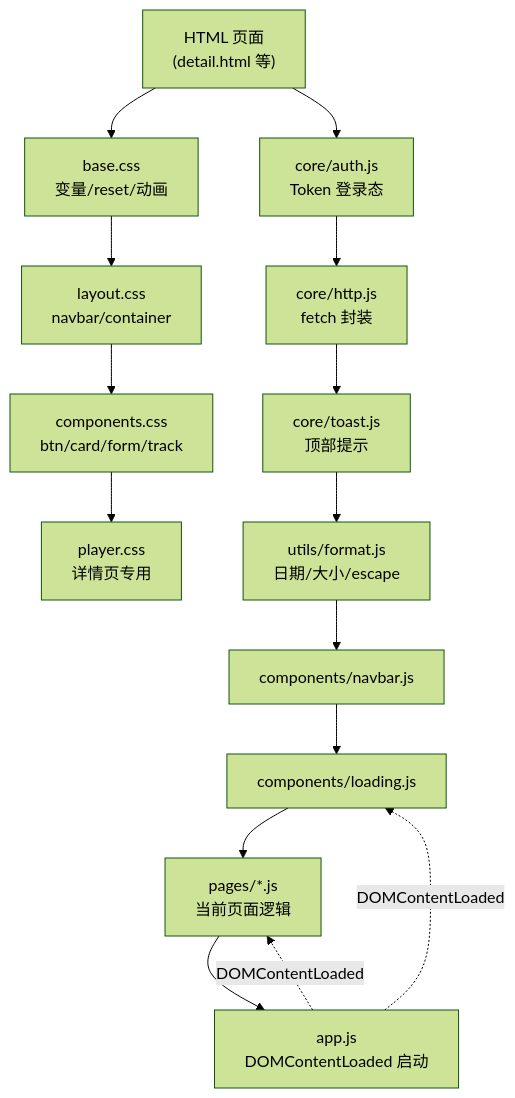
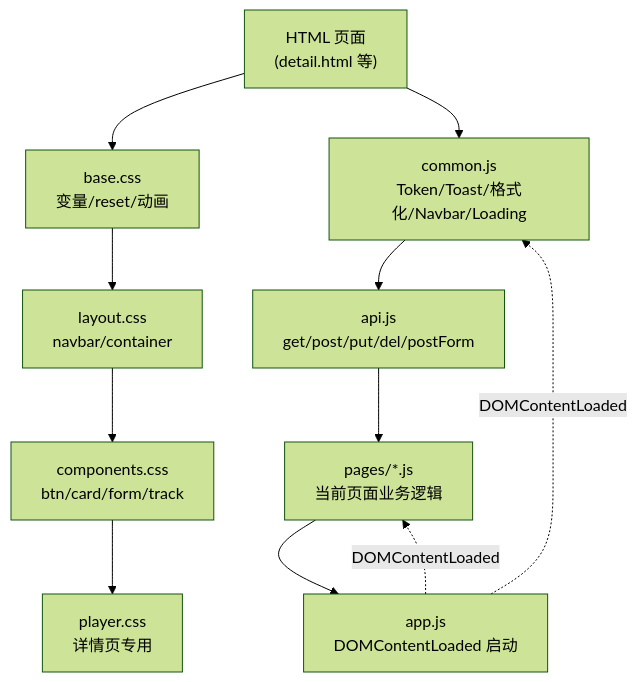
The diagram in diagrams/frontend-loading-order.mmd (xiaobihudawang/musicdemo), drawn with Mermaid (forest theme) before and after one commit. The commit also changed 66 other files, not shown here.

```diff
--- a/diagrams/frontend-loading-order.mmd
+++ b/diagrams/frontend-loading-order.mmd
@@ -1,15 +1,11 @@
 flowchart TD
     HTML["HTML 页面<br/>(detail.html 等)"] --> CSS1["base.css<br/>变量/reset/动画"]
     CSS1 --> CSS2["layout.css<br/>navbar/container"]
     CSS2 --> CSS3["components.css<br/>btn/card/form/track"]
     CSS3 --> CSS4["player.css<br/>详情页专用"]
-    HTML --> JS1["core/auth.js<br/>Token 登录态"]
-    JS1 --> JS2["core/http.js<br/>fetch 封装"]
-    JS2 --> JS3["core/toast.js<br/>顶部提示"]
-    JS3 --> JS4["utils/format.js<br/>日期/大小/escape"]
-    JS4 --> JS5["components/navbar.js"]
-    JS5 --> JS6["components/loading.js"]
-    JS6 --> JS7["pages/*.js<br/>当前页面逻辑"]
-    JS7 --> JS8["app.js<br/>DOMContentLoaded 启动"]
-    JS8 -. DOMContentLoaded .-> JS7
-    JS8 -. DOMContentLoaded .-> JS6
+    HTML --> JS1["common.js<br/>Token/Toast/格式化/Navbar/Loading"]
+    JS1 --> JS2["api.js<br/>get/post/put/del/postForm"]
+    JS2 --> JS3["pages/*.js<br/>当前页面业务逻辑"]
+    JS3 --> JS4["app.js<br/>DOMContentLoaded 启动"]
+    JS4 -. DOMContentLoaded .-> JS3
+    JS4 -. DOMContentLoaded .-> JS1
```
